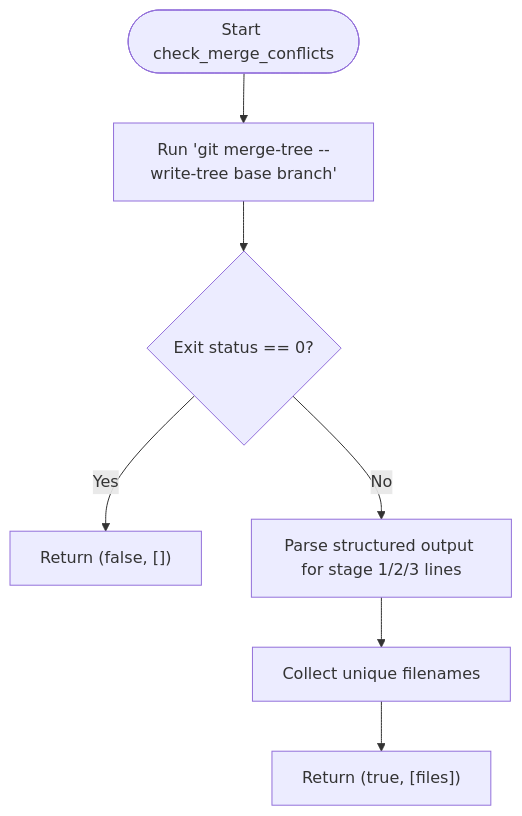
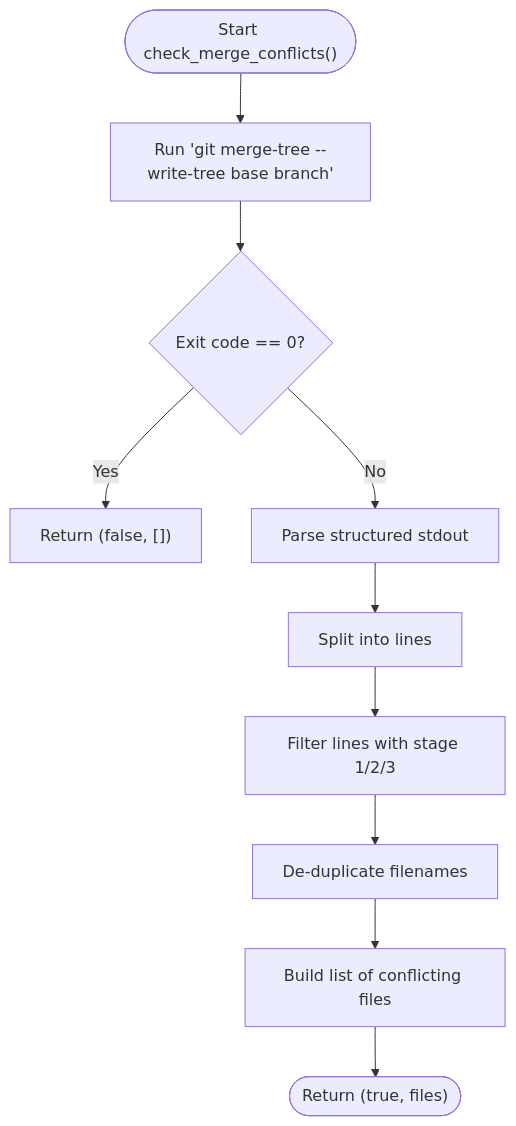
Before and after one commit to bramburn/agtx: the third of 8 diagrams in .qoder/repowiki/en/content/Git Integration/Conflict Resolution.md, drawn with Mermaid. The commit also changed other lines of this file and 140 other files, not shown here.

````diff
--- a/.qoder/repowiki/en/content/Git Integration/Conflict Resolution.md
+++ b/.qoder/repowiki/en/content/Git Integration/Conflict Resolution.md
@@ -135,9 +136,12 @@
 ```mermaid
 flowchart TD
-Start(["Start check_merge_conflicts"]) --> RunMT["Run 'git merge-tree --write-tree base branch'"]
-RunMT --> Status{"Exit status == 0?"}
-Status --> |Yes| Clean["Return (false, [])"]
-Status --> |No| Parse["Parse structured output for stage 1/2/3 lines"]
-Parse --> Collect["Collect unique filenames"]
-Collect --> Conflicts["Return (true, [files])"]
+Start(["Start check_merge_conflicts()"]) --> RunMergeTree["Run 'git merge-tree --write-tree base branch'"]
+RunMergeTree --> ExitZero{"Exit code == 0?"}
+ExitZero --> |Yes| Clean["Return (false, [])"]
+ExitZero --> |No| Parse["Parse structured stdout"]
+Parse --> Lines["Split into lines"]
+Lines --> Filter["Filter lines with stage 1/2/3"]
+Filter --> Unique["De-duplicate filenames"]
+Unique --> ConflictingFiles["Build list of conflicting files"]
+ConflictingFiles --> Return(["Return (true, files)"])
 ```
````
